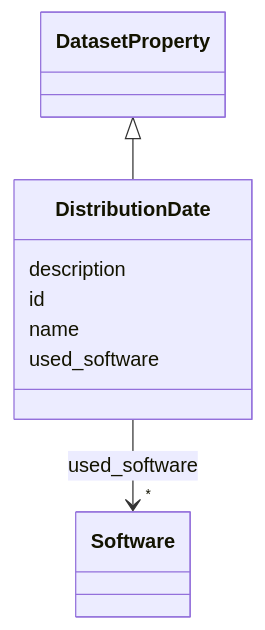
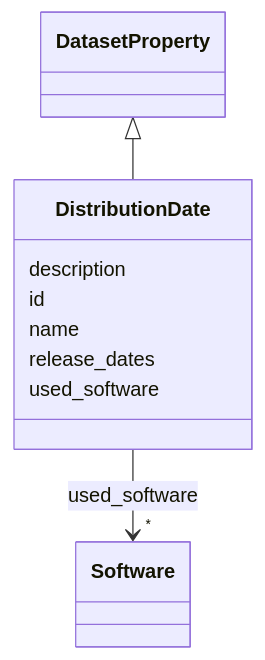
One commit to bridge2ai/data-sheets-schema changed the diagram in docs/DistributionDate.md. Above: the diagram before and after it, drawn with Mermaid. The commit also changed other lines of this file and 682 other files, not shown here.

````diff
--- a/docs/DistributionDate.md
+++ b/docs/DistributionDate.md
@@ -20,26 +20,28 @@
 ```mermaid
  classDiagram
     class DistributionDate
     click DistributionDate href "../DistributionDate/"
       DatasetProperty <|-- DistributionDate
         click DatasetProperty href "../DatasetProperty/"
       
       DistributionDate : description
         
       DistributionDate : id
         
       DistributionDate : name
+        
+      DistributionDate : release_dates
         
       DistributionDate : used_software
         
           
     
         
         
         DistributionDate --> "*" Software : used_software
         click Software href "../Software/"
     
 
         
       
 ```
````
